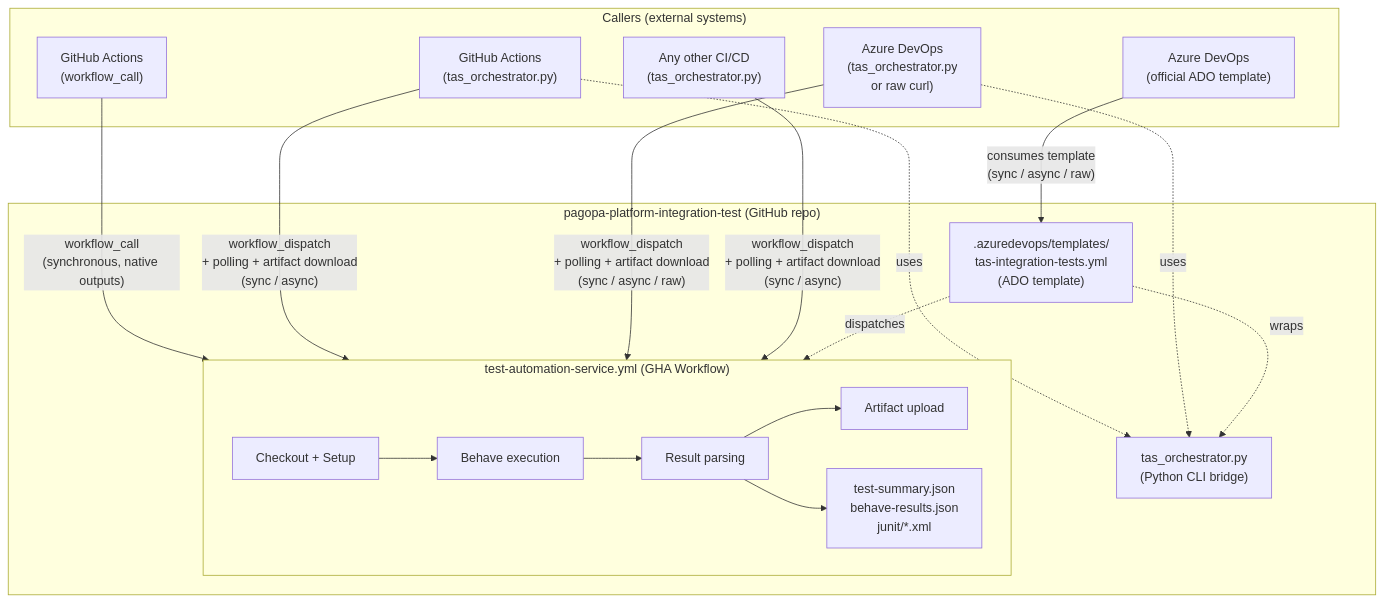
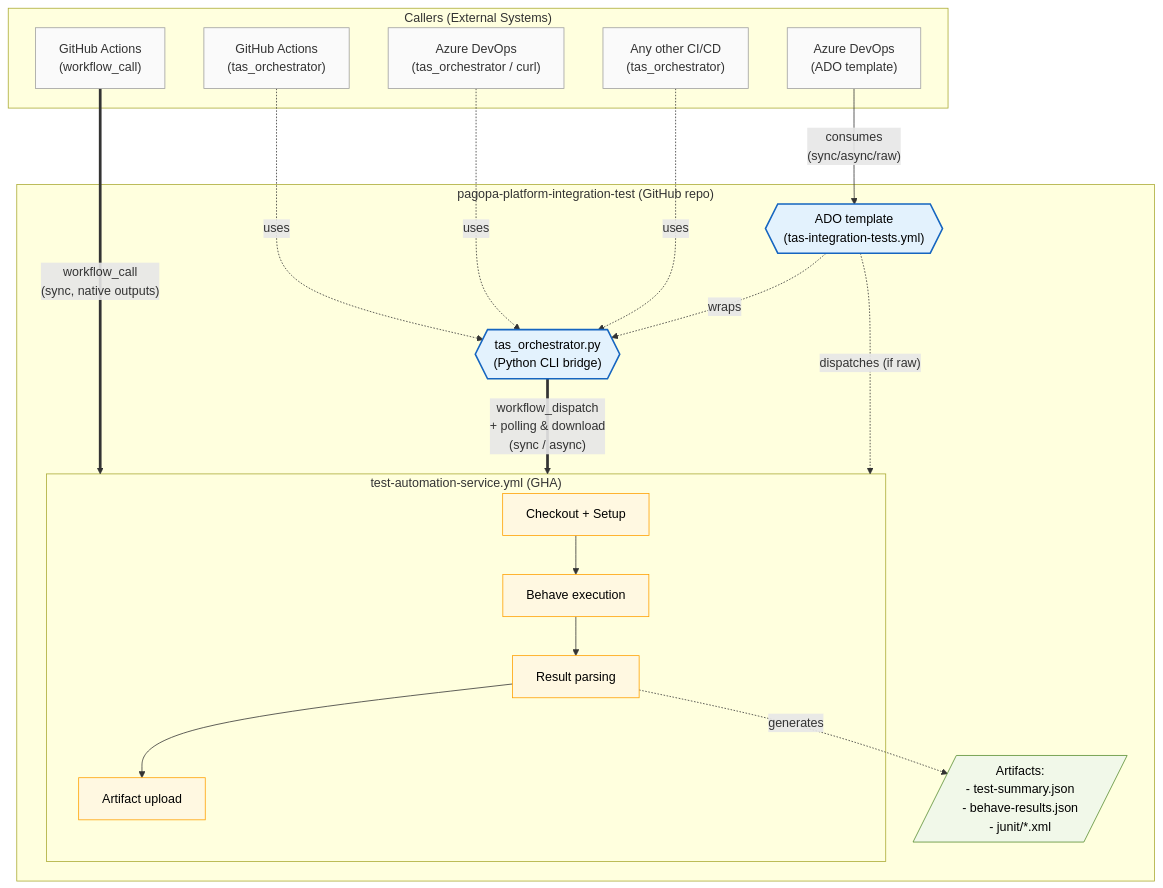
Before and after one commit to pagopa/pagopa-platform-integration-test: the diagram in docs/tas/tas-architecture.md, drawn with Mermaid.

Commit message:
[PQ-456] TAS - update the architecture documentation with ADO template

````diff
--- a/docs/tas/tas-architecture.md
+++ b/docs/tas/tas-architecture.md
@@ -17,33 +17,46 @@
 ```mermaid
 flowchart TD
-    subgraph CALLERS["Callers (external systems)"]
-        A["GitHub Actions\n(workflow_call)"]
-        B["GitHub Actions\n(tas_orchestrator.py)"]
-        C["Azure DevOps\n(tas_orchestrator.py\nor raw curl)"]
-        D["Azure DevOps\n(official ADO template)"]
-        E["Any other CI/CD\n(tas_orchestrator.py)"]
+%% Impostazioni di stile per migliorare la leggibilità
+  classDef caller fill:#fafafa,stroke:#9e9e9e,stroke-width:1px,color:#333
+  classDef gateway fill:#e3f2fd,stroke:#1565c0,stroke-width:2px,color:#000
+  classDef work fill:#fff8e1,stroke:#ffa000,stroke-width:1px,color:#000
+  classDef art fill:#f1f8e9,stroke:#558b2f,stroke-width:1px,color:#000
+
+  subgraph CALLERS["Callers (External Systems)"]
+    A["GitHub Actions<br/>(workflow_call)"]:::caller
+    B["GitHub Actions<br/>(tas_orchestrator)"]:::caller
+    C["Azure DevOps<br/>(tas_orchestrator / curl)"]:::caller
+    D["Azure DevOps<br/>(ADO template)"]:::caller
+    E["Any other CI/CD<br/>(tas_orchestrator)"]:::caller
+  end
+
+  subgraph TAS["pagopa-platform-integration-test (GitHub repo)"]
+    TEMPLATE{{"ADO template<br/>(tas-integration-tests.yml)"}}:::gateway
+    SCRIPT{{"tas_orchestrator.py<br/>(Python CLI bridge)"}}:::gateway
+
+    subgraph WORKFLOW["test-automation-service.yml (GHA)"]
+      W1["Checkout + Setup"]:::work
+      W2["Behave execution"]:::work
+      W3["Result parsing"]:::work
+      W4["Artifact upload"]:::work
+
+      W1 --> W2 --> W3 --> W4
     end
 
-    subgraph TAS["pagopa-platform-integration-test (GitHub repo)"]
-        subgraph WORKFLOW["test-automation-service.yml (GHA Workflow)"]
-            W1["Checkout + Setup"]
-            W2["Behave execution"]
-            W3["Result parsing"]
-            W4["Artifact upload"]
-            W1 --> W2 --> W3 --> W4
-            W3 --> RESULTS["test-summary.json\nbehave-results.json\njunit/*.xml"]
-        end
-        SCRIPT["tas_orchestrator.py\n(Python CLI bridge)"]
-        TEMPLATE[".azuredevops/templates/\ntas-integration-tests.yml\n(ADO template)"]
-    end
+    RESULTS[/"Artifacts:<br/>- test-summary.json<br/>- behave-results.json<br/>- junit/*.xml"/]:::art
 
-    A -- "workflow_call\n(synchronous, native outputs)" --> WORKFLOW
-    B -- "workflow_dispatch\n+ polling + artifact download\n(sync / async)" --> WORKFLOW
-    C -- "workflow_dispatch\n+ polling + artifact download\n(sync / async / raw)" --> WORKFLOW
-    D -- "consumes template\n(sync / async / raw)" --> TEMPLATE
-    E -- "workflow_dispatch\n+ polling + artifact download\n(sync / async)" --> WORKFLOW
-    B -. uses .-> SCRIPT
-    C -. uses .-> SCRIPT
-    TEMPLATE -. wraps .-> SCRIPT
-    TEMPLATE -. dispatches .-> WORKFLOW
+    W3 -. "generates" .-> RESULTS
+  end
+
+%% Connessioni dai Callers ai Gateway
+  D -- "consumes<br/>(sync/async/raw)" --> TEMPLATE
+  B -. "uses" .-> SCRIPT
+  C -. "uses" .-> SCRIPT
+  E -. "uses" .-> SCRIPT
+  TEMPLATE -. "wraps" .-> SCRIPT
+
+%% Connessioni verso il Workflow
+  A == "workflow_call<br/>(sync, native outputs)" ==> WORKFLOW
+  SCRIPT == "workflow_dispatch<br/>+ polling & download<br/>(sync / async)" ==> WORKFLOW
+  TEMPLATE -. "dispatches (if raw)" .-> WORKFLOW
 ```
````
